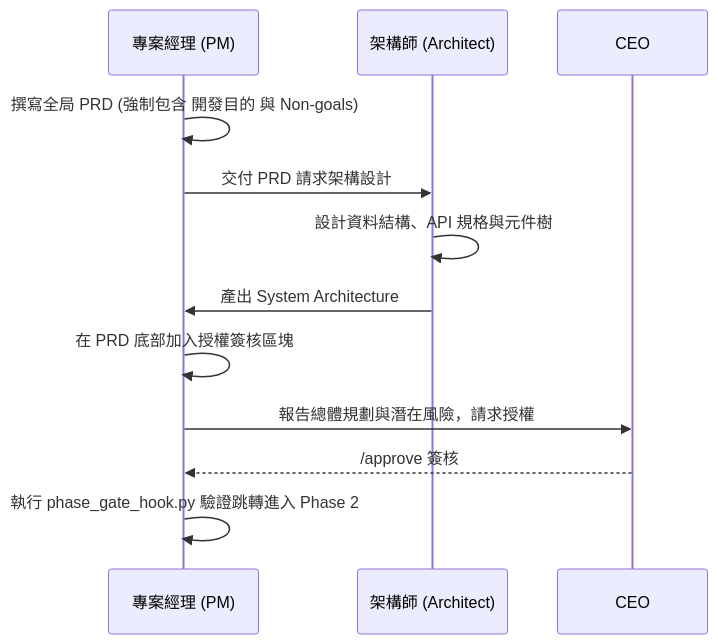
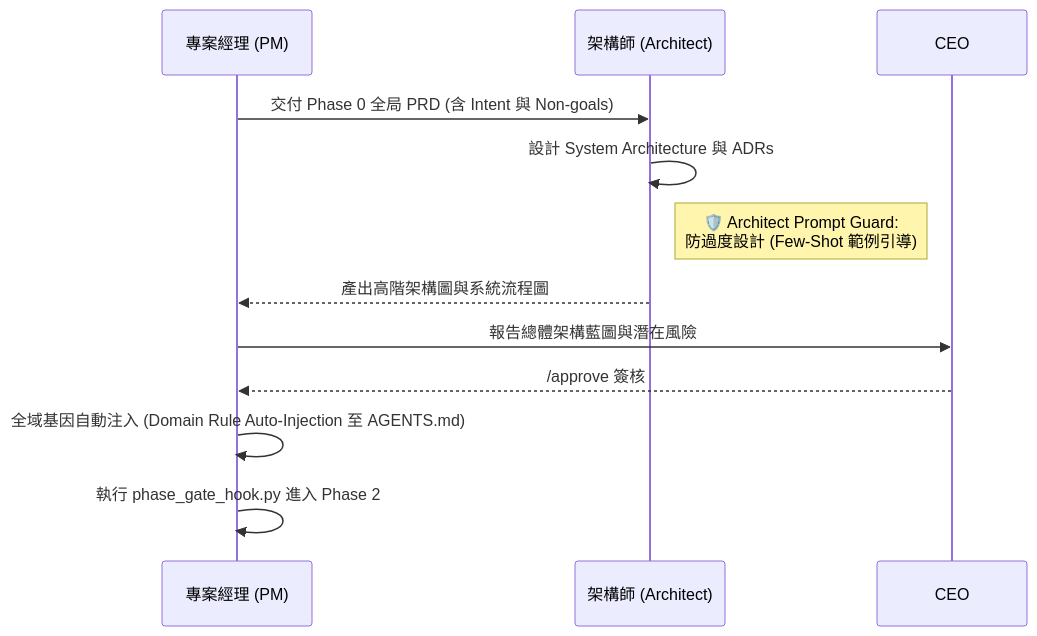
The third of 8 diagrams in README.md (vip3310495-Johnny/Johnny-project-team-plugin), drawn with Mermaid before and after one commit. The commit also changed other lines of this file, not shown here.

Commit message:
docs: update README.md workflow and detailed sequence diagrams for v2.0.0

````diff
--- a/README.md
+++ b/README.md
@@ -127,15 +115,15 @@
 ```mermaid
 sequenceDiagram
     participant PM as 專案經理 (PM)
     participant Arch as 架構師 (Architect)
     participant CEO
     
-    PM->>PM: 撰寫全局 PRD (強制包含 開發目的 與 Non-goals)
-    PM->>Arch: 交付 PRD 請求架構設計
-    Arch->>Arch: 設計資料結構、API 規格與元件樹
-    Arch->>PM: 產出 System Architecture
-    PM->>PM: 在 PRD 底部加入授權簽核區塊
-    PM->>CEO: 報告總體規劃與潛在風險，請求授權
+    PM->>Arch: 交付 Phase 0 全局 PRD (含 Intent 與 Non-goals)
+    Arch->>Arch: 設計 System Architecture 與 ADRs
+    Note right of Arch: 🛡️ Architect Prompt Guard:<br/>防過度設計 (Few-Shot 範例引導)
+    Arch-->>PM: 產出高階架構圖與系統流程圖
+    PM->>CEO: 報告總體架構藍圖與潛在風險
     CEO-->>PM: /approve 簽核
-    PM->>PM: 執行 phase_gate_hook.py 驗證跳轉進入 Phase 2
+    PM->>PM: 全域基因自動注入 (Domain Rule Auto-Injection 至 AGENTS.md)
+    PM->>PM: 執行 phase_gate_hook.py 進入 Phase 2
 ```
````
